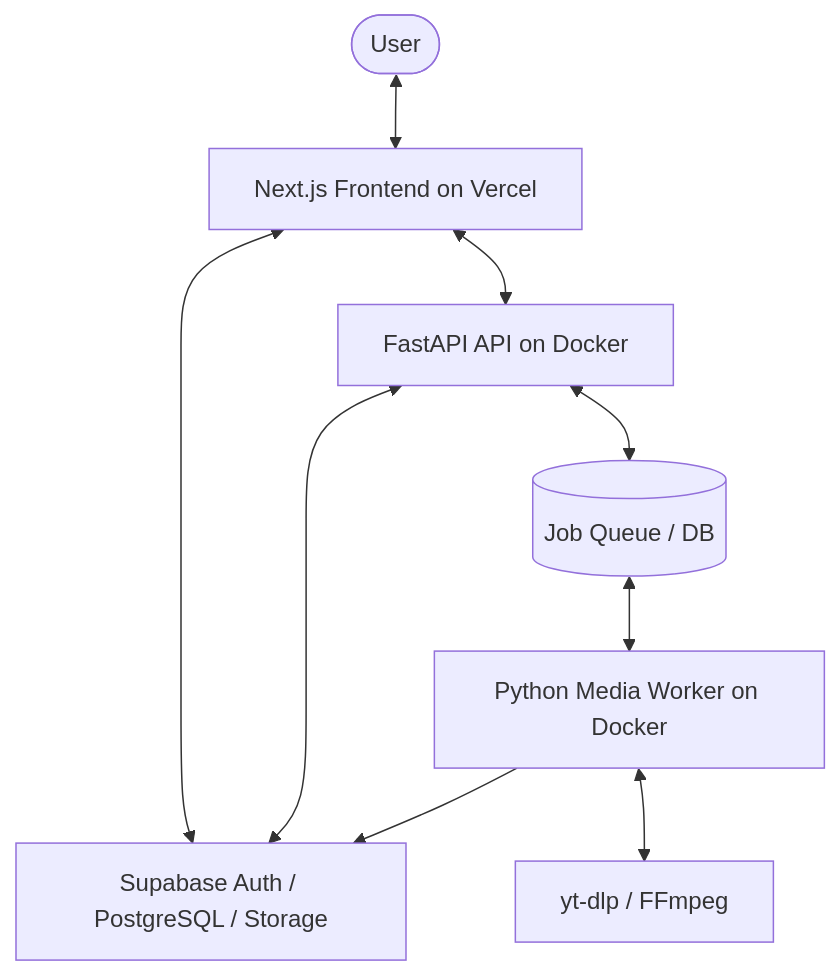
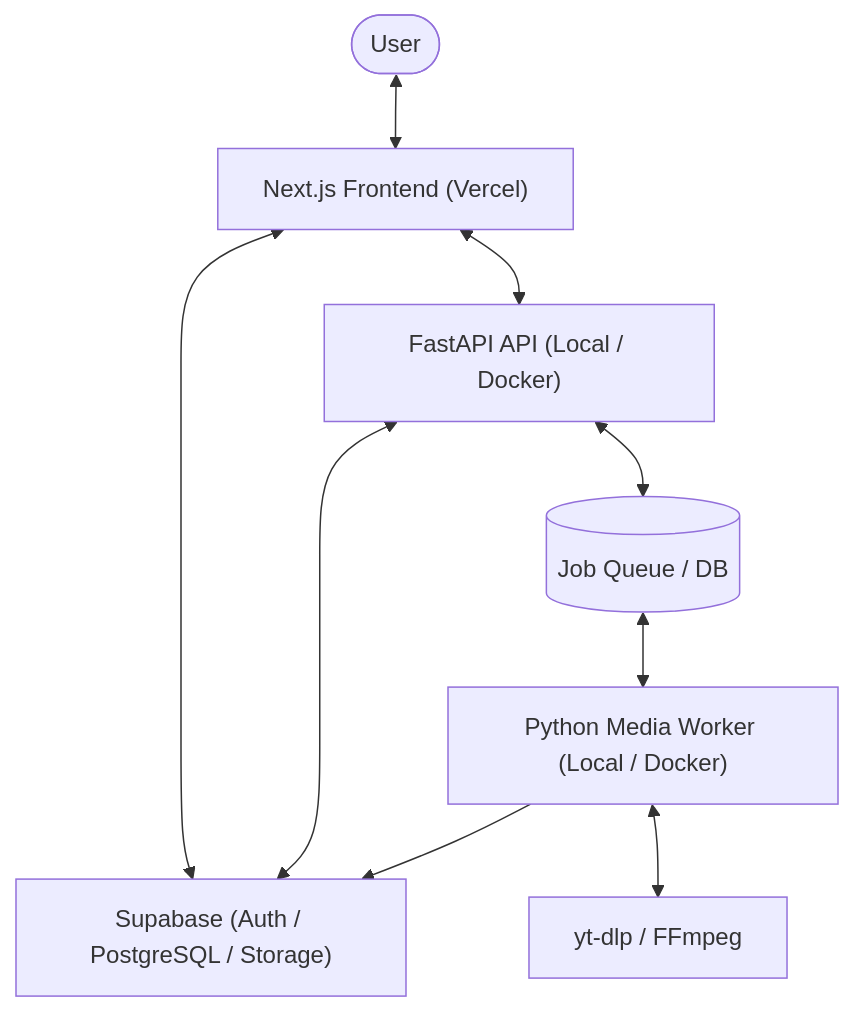
The diagram in README.md (Wattanaroj2567/media-loader), drawn with Mermaid before and after one commit. The commit also changed other lines of this file and 35 other files, not shown here.

````diff
--- a/README.md
+++ b/README.md
@@ -17,11 +17,11 @@
 ```mermaid
 graph TD
-    User([User]) <--> WebApp[Next.js Frontend on Vercel]
-    WebApp <--> Supabase[Supabase Auth / PostgreSQL / Storage]
-    WebApp <--> API[FastAPI API on Docker]
+    User([User]) <--> WebApp["Next.js Frontend (Vercel)"]
+    WebApp <--> Supabase["Supabase (Auth / PostgreSQL / Storage)"]
+    WebApp <--> API["FastAPI API (Local / Docker)"]
     API <--> Supabase
-    API <--> Queue[(Job Queue / DB)]
-    Queue <--> Worker[Python Media Worker on Docker]
-    Worker <--> Tooling[yt-dlp / FFmpeg]
+    API <--> Queue[("Job Queue / DB")]
+    Queue <--> Worker["Python Media Worker (Local / Docker)"]
+    Worker <--> Tooling["yt-dlp / FFmpeg"]
     Worker --> Supabase
 ```
````
